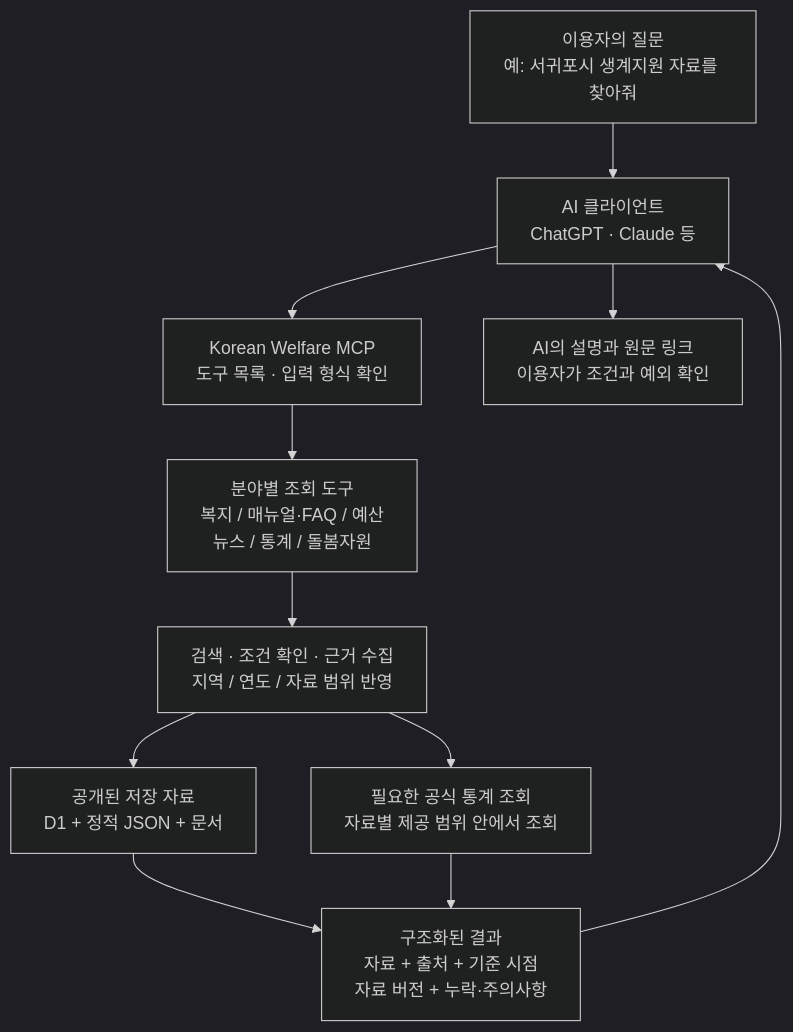
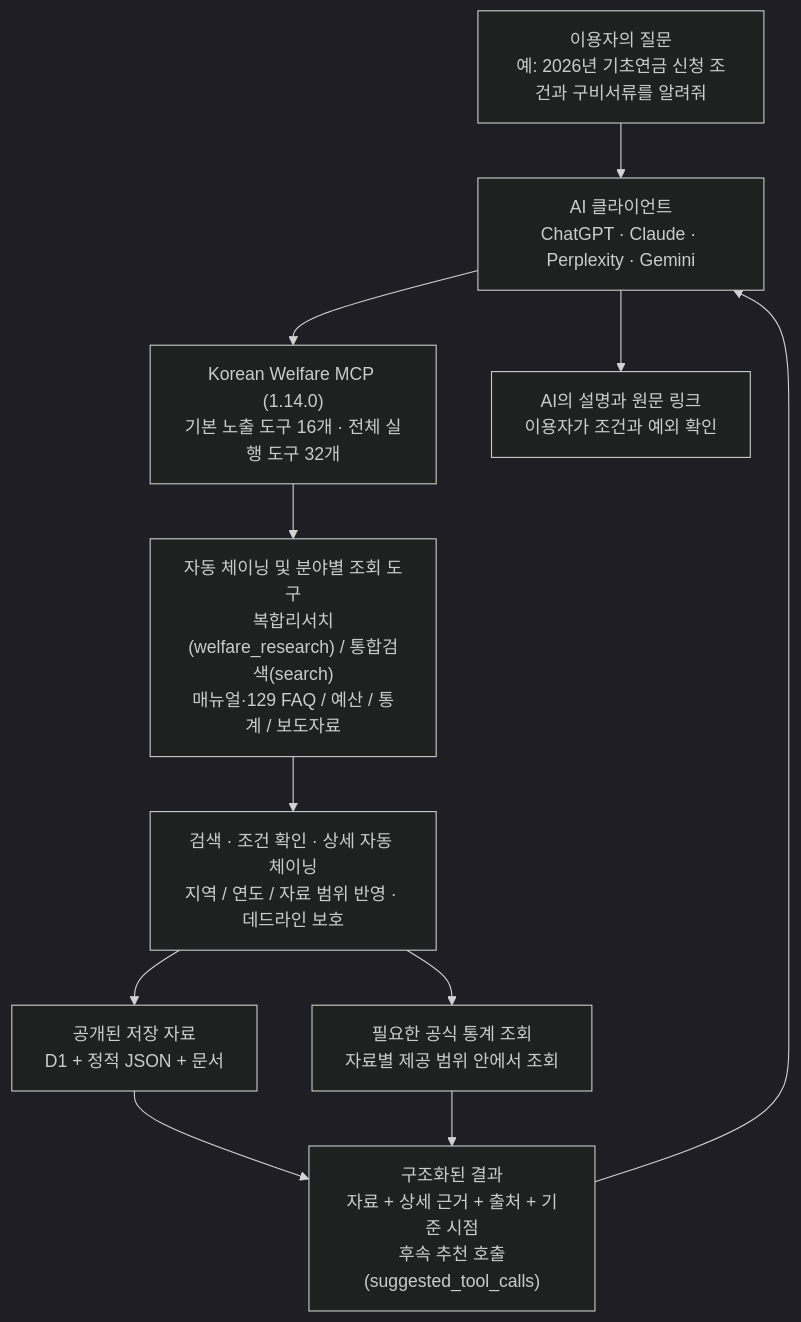
One commit to xgfox54/integrated-care-dashboard changed the second of 2 diagrams in README.md. Above: the diagram before and after it, drawn with Mermaid (dark theme). The commit also changed other lines of this file and 426 other files, not shown here.

````diff
--- a/README.md
+++ b/README.md
@@ -95,21 +96,21 @@
 ```mermaid
 flowchart TB
   accTitle: Korean Welfare MCP의 질문과 응답 흐름
-  accDescr: AI가 조회 도구를 호출하면 입력을 확인하고 분야별 자료를 찾아 출처와 기준 시점을 포함해 반환한다.
-  person["이용자의 질문<br/>예: 서귀포시 생계지원 자료를 찾아줘"]
-  ai["AI 클라이언트<br/>ChatGPT · Claude 등"]
-  gateway["Korean Welfare MCP<br/>도구 목록 · 입력 형식 확인"]
-  tools["분야별 조회 도구<br/>복지 / 매뉴얼·FAQ / 예산<br/>뉴스 / 통계 / 돌봄자원"]
-  retrieval["검색 · 조건 확인 · 근거 수집<br/>지역 / 연도 / 자료 범위 반영"]
+  accDescr: AI가 조회 도구를 호출하면 입력을 확인하고 분야별 자료를 자동 체이닝해 출처와 기준 시점을 포함해 반환한다.
+  person["이용자의 질문<br/>예: 2026년 기초연금 신청 조건과 구비서류를 알려줘"]
+  ai["AI 클라이언트<br/>ChatGPT · Claude · Perplexity · Gemini"]
+  gateway["Korean Welfare MCP (1.14.0)<br/>기본 노출 도구 16개 · 전체 실행 도구 32개"]
+  tools["자동 체이닝 및 분야별 조회 도구<br/>복합리서치(welfare_research) / 통합검색(search)<br/>매뉴얼·129 FAQ / 예산 / 통계 / 보도자료"]
+  retrieval["검색 · 조건 확인 · 상세 자동 체이닝<br/>지역 / 연도 / 자료 범위 반영 · 데드라인 보호"]
   stored["공개된 저장 자료<br/>D1 + 정적 JSON + 문서"]
   official["필요한 공식 통계 조회<br/>자료별 제공 범위 안에서 조회"]
-  result["구조화된 결과<br/>자료 + 출처 + 기준 시점<br/>자료 버전 + 누락·주의사항"]
+  result["구조화된 결과<br/>자료 + 상세 근거 + 출처 + 기준 시점<br/>후속 추천 호출(suggested_tool_calls)"]
   answer["AI의 설명과 원문 링크<br/>이용자가 조건과 예외 확인"]
   person --> ai --> gateway --> tools --> retrieval
   retrieval --> stored
   retrieval --> official
   stored --> result
   official --> result
   result --> ai
   ai --> answer
 ```
````
